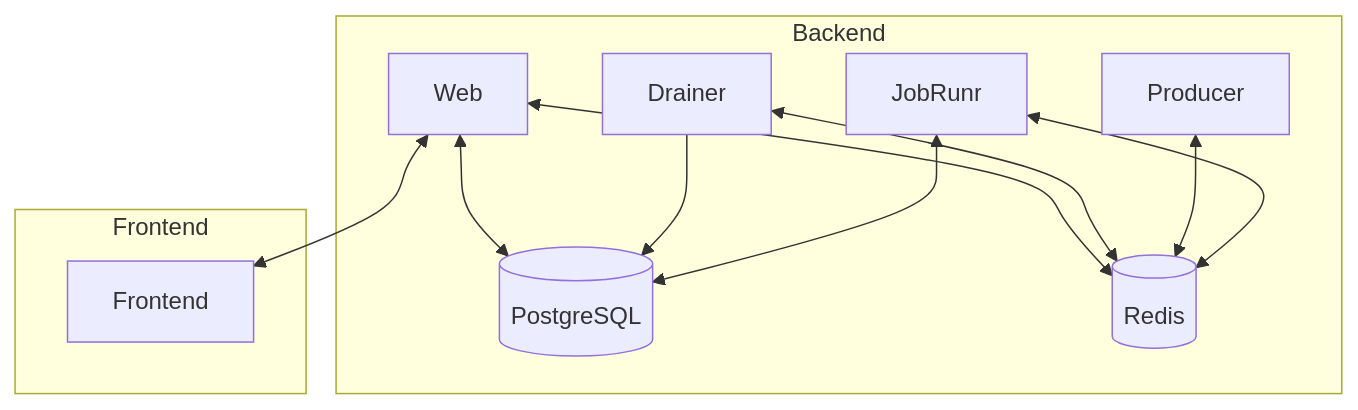
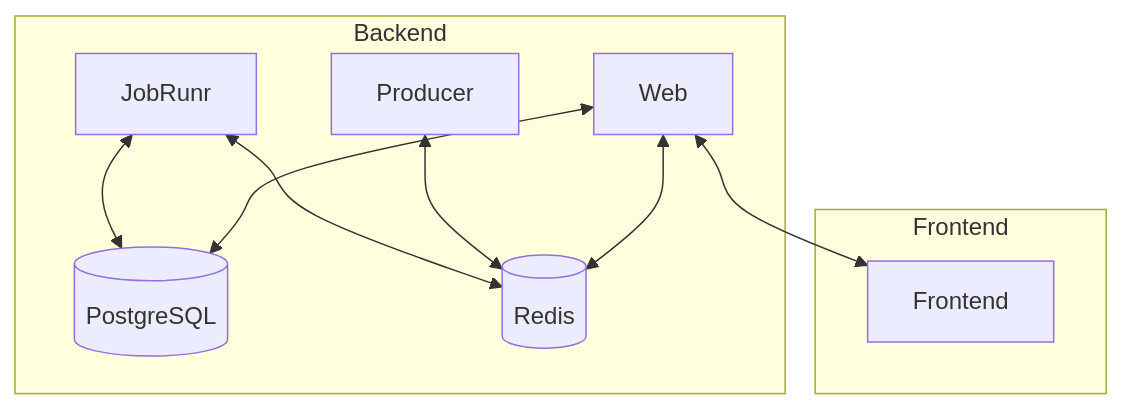
Before and after one commit to mangila/fibonacci: the diagram in java/README.md, drawn with Mermaid. The commit also changed other lines of this file and 26 other files, not shown here.

````diff
--- a/java/README.md
+++ b/java/README.md
@@ -39,26 +37,23 @@
 ```mermaid
 graph TD
     subgraph "Backend"
         Web[Web]
         Scheduler[JobRunr]
-        Drainer[Drainer]
         Producer[Producer]
         DB[(PostgreSQL)]
         DB2[(Redis)]
     end
 
     subgraph "Frontend"
         Client[Frontend]
     end
 
     Scheduler <--> DB
     Scheduler <--> DB2
     Producer <--> DB2
-    Drainer <--> DB2
-    Drainer --> DB
     Web <--> DB
     Web <--> DB2
     Web <--> Client
 
 
 ```
````
